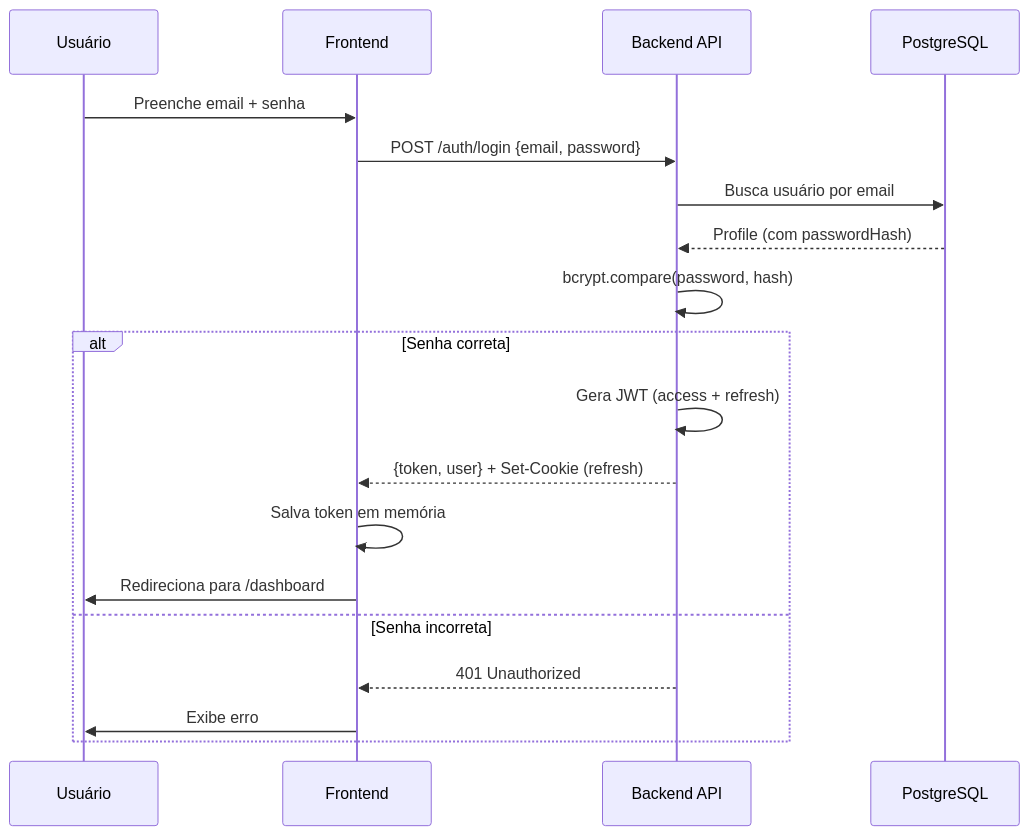
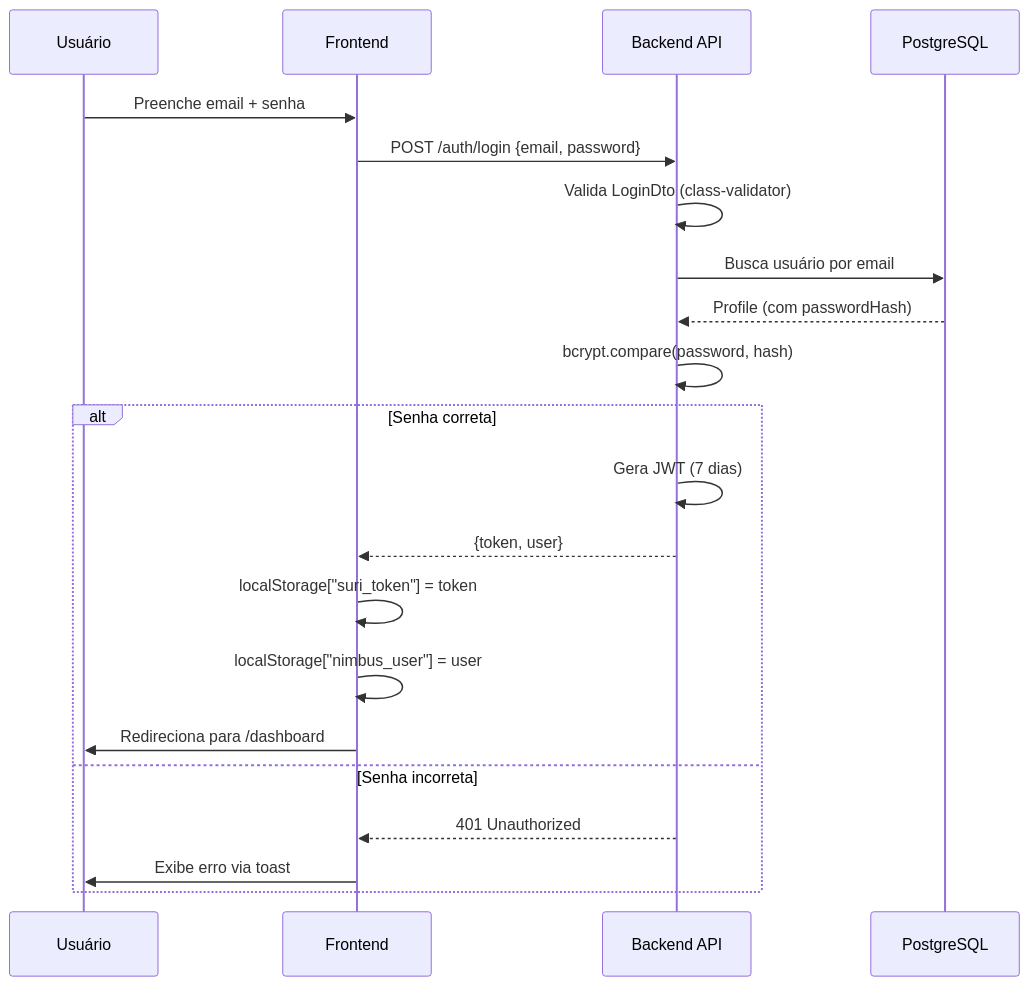
Before and after one commit to weldercriss/universidade-suri: the fifth of 5 diagrams in docs/architecture.md, drawn with Mermaid. The commit also changed other lines of this file and 120 other files, not shown here.

````diff
--- a/docs/architecture.md
+++ b/docs/architecture.md
@@ -266,22 +358,24 @@
 ```mermaid
 sequenceDiagram
     participant U as Usuário
     participant F as Frontend
     participant B as Backend API
     participant DB as PostgreSQL
 
     U->>F: Preenche email + senha
     F->>B: POST /auth/login {email, password}
+    B->>B: Valida LoginDto (class-validator)
     B->>DB: Busca usuário por email
     DB-->>B: Profile (com passwordHash)
     B->>B: bcrypt.compare(password, hash)
     alt Senha correta
-        B->>B: Gera JWT (access + refresh)
-        B-->>F: {token, user} + Set-Cookie (refresh)
-        F->>F: Salva token em memória
+        B->>B: Gera JWT (7 dias)
+        B-->>F: {token, user}
+        F->>F: localStorage["suri_token"] = token
+        F->>F: localStorage["nimbus_user"] = user
         F->>U: Redireciona para /dashboard
     else Senha incorreta
         B-->>F: 401 Unauthorized
-        F->>U: Exibe erro
+        F->>U: Exibe erro via toast
     end
 ```
````
